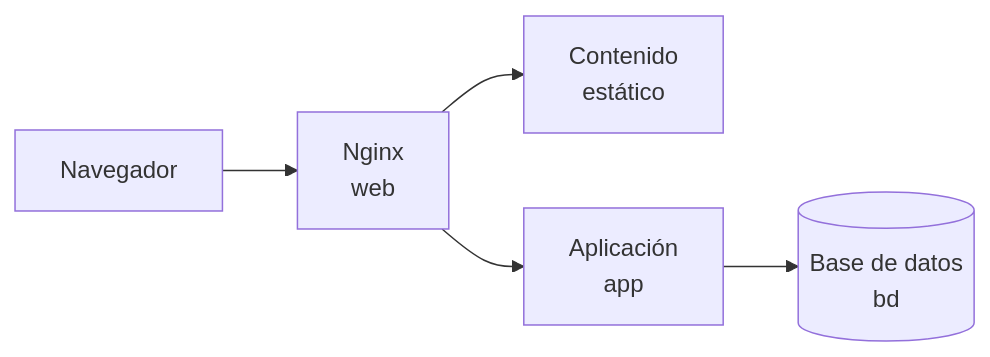
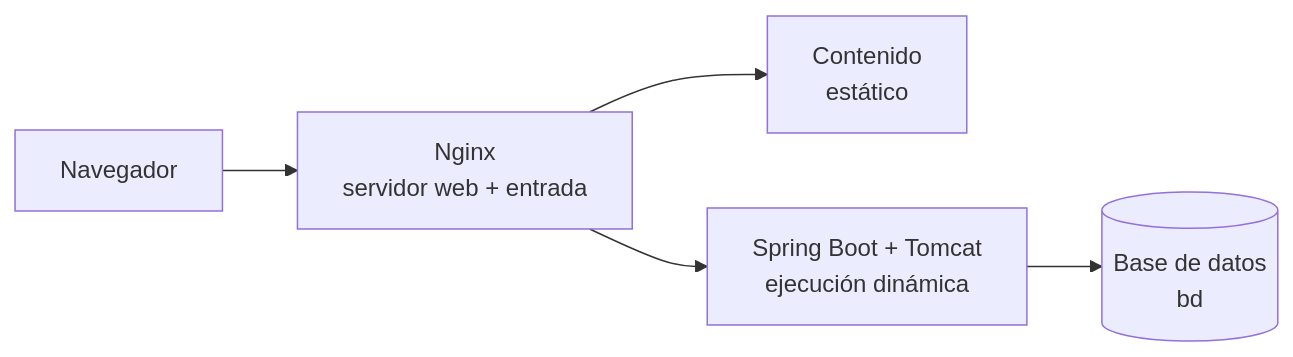
One commit to alejandroroig/despliegue-daw changed the second of 5 diagrams in docs/tema3/servidores-web-dns.md. Above: the diagram before and after it, drawn with Mermaid. The commit also changed other lines of this file and 5 other files, not shown here.

````diff
--- a/docs/tema3/servidores-web-dns.md
+++ b/docs/tema3/servidores-web-dns.md
@@ -134,7 +120,7 @@
 ```mermaid
 flowchart LR
-    C["Navegador"] --> N["Nginx<br/>web"]
+    C["Navegador"] --> N["Nginx<br/>servidor web + entrada"]
     N --> E["Contenido<br/>estático"]
-    N --> A["Aplicación<br/>app"]
+    N --> A["Spring Boot + Tomcat<br/>ejecución dinámica"]
     A --> D[("Base de datos<br/>bd")]
 ```
````
